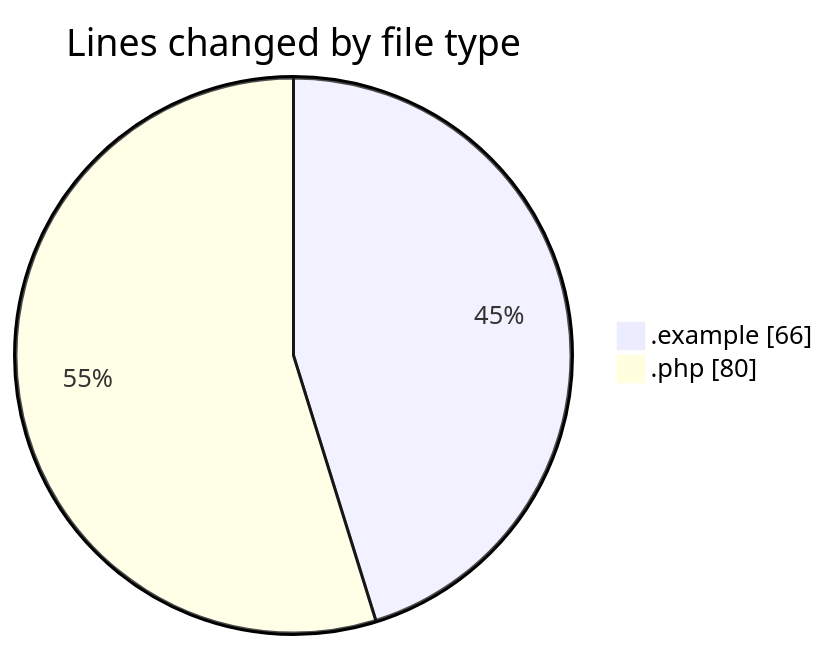
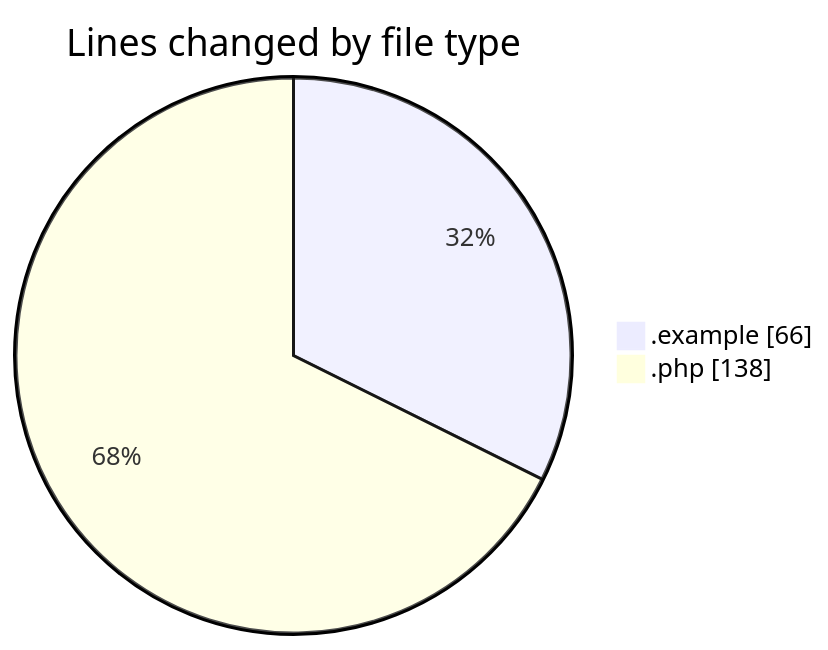
The first of 2 diagrams in 2025-04-10/booking-studio/README.md (idhammustaqopulfikri/code-tracking), drawn with Mermaid before and after one commit. The commit also changed other lines of this file and 1 other file, not shown here.

````diff
--- a/2025-04-10/booking-studio/README.md
+++ b/2025-04-10/booking-studio/README.md
@@ -22,6 +24,6 @@
 ```mermaid
 pie showData
 title Lines changed by file type
 ".example" : 66
-".php" : 80
+".php" : 138
 ```
````
